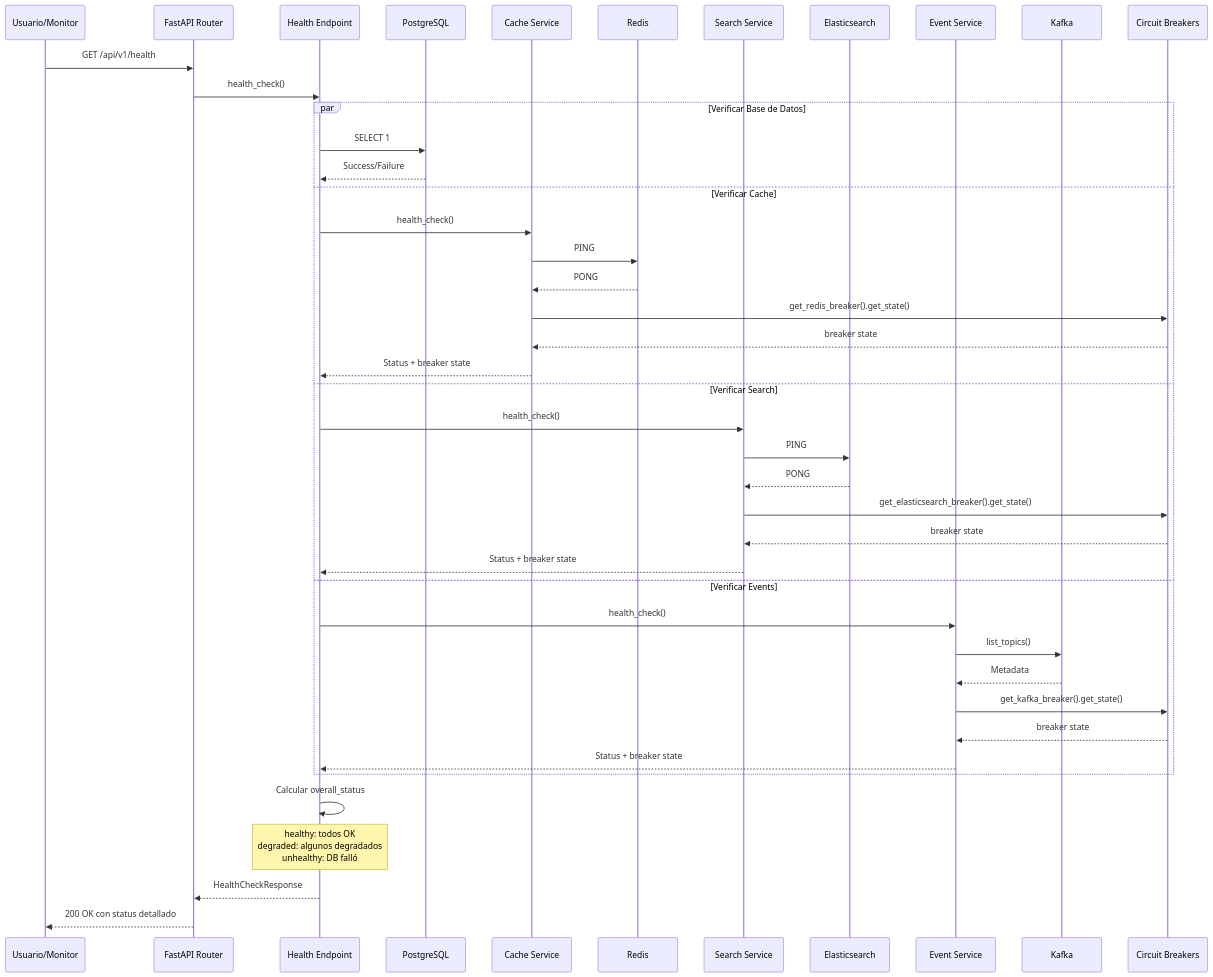
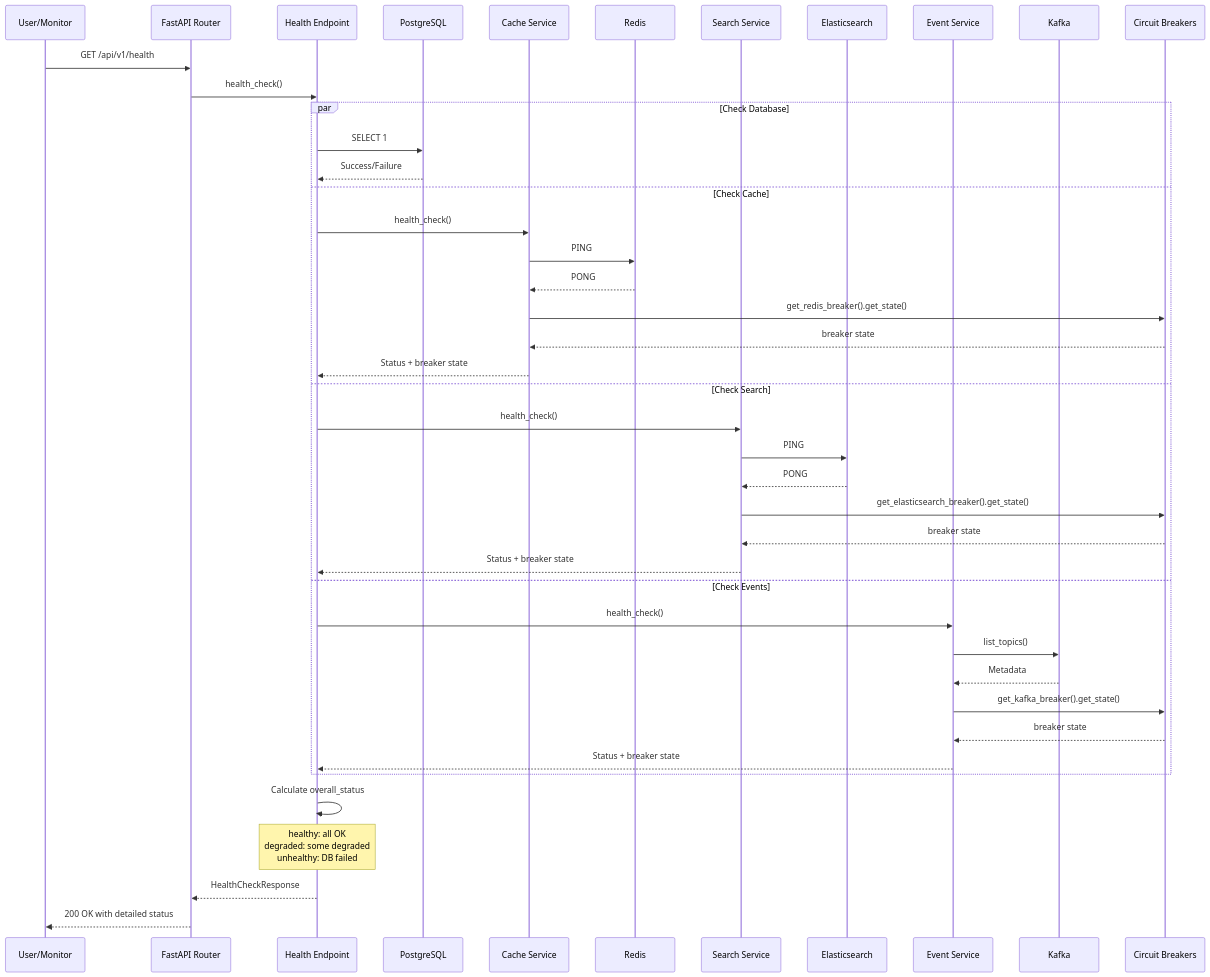
One commit to echevemaster/astropay_challenge changed the sixth of 8 diagrams in README.md. Above: the diagram before and after it, drawn with Mermaid. The commit also changed other lines of this file, not shown here.

````diff
--- a/README.md
+++ b/README.md
@@ -304,49 +304,49 @@
 ```mermaid
 sequenceDiagram
-    participant U as Usuario/Monitor
+    participant U as User/Monitor
     participant API as FastAPI Router
     participant Health as Health Endpoint
     participant DB as PostgreSQL
     participant Cache as Cache Service
     participant Redis as Redis
     participant Search as Search Service
     participant ES as Elasticsearch
     participant Event as Event Service
     participant Kafka as Kafka
     participant CB as Circuit Breakers
     
     U->>API: GET /api/v1/health
     API->>Health: health_check()
     
-    par Verificar Base de Datos
+    par Check Database
         Health->>DB: SELECT 1
         DB-->>Health: Success/Failure
-    and Verificar Cache
+    and Check Cache
         Health->>Cache: health_check()
         Cache->>Redis: PING
         Redis-->>Cache: PONG
         Cache->>CB: get_redis_breaker().get_state()
         CB-->>Cache: breaker state
         Cache-->>Health: Status + breaker state
-    and Verificar Search
+    and Check Search
         Health->>Search: health_check()
         Search->>ES: PING
         ES-->>Search: PONG
         Search->>CB: get_elasticsearch_breaker().get_state()
         CB-->>Search: breaker state
         Search-->>Health: Status + breaker state
-    and Verificar Events
+    and Check Events
         Health->>Event: health_check()
         Event->>Kafka: list_topics()
         Kafka-->>Event: Metadata
         Event->>CB: get_kafka_breaker().get_state()
         CB-->>Event: breaker state
         Event-->>Health: Status + breaker state
     end
     
-    Health->>Health: Calcular overall_status
-    Note over Health: healthy: todos OK<br/>degraded: algunos degradados<br/>unhealthy: DB falló
+    Health->>Health: Calculate overall_status
+    Note over Health: healthy: all OK<br/>degraded: some degraded<br/>unhealthy: DB failed
     
     Health-->>API: HealthCheckResponse
-    API-->>U: 200 OK con status detallado
+    API-->>U: 200 OK with detailed status
 ```
````
